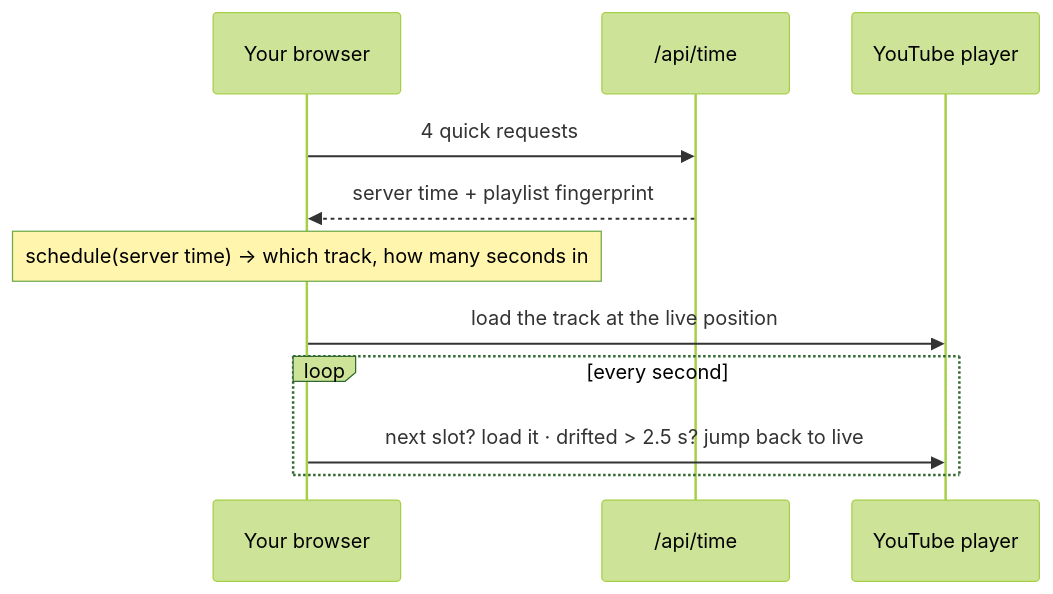
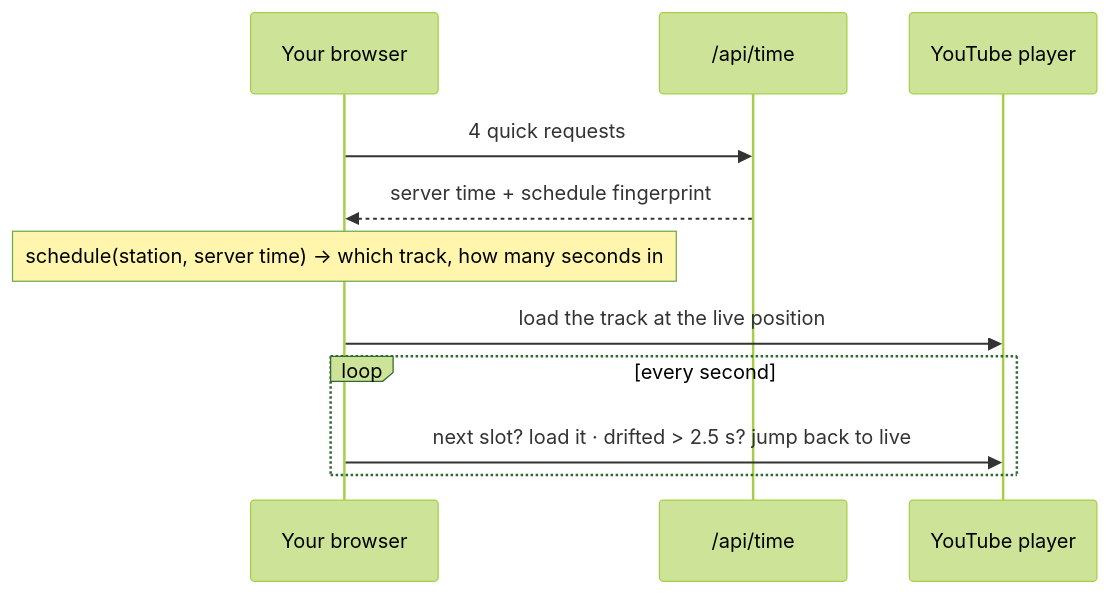
Before and after one commit to MrScalo/neon-palms-radio: the diagram in README.md, drawn with Mermaid (forest theme). The commit also changed other lines of this file and 47 other files, not shown here.

````diff
--- a/README.md
+++ b/README.md
@@ -67,13 +82,13 @@
 ```mermaid
 sequenceDiagram
     participant B as Your browser
     participant S as /api/time
     participant Y as YouTube player
     B->>S: 4 quick requests
-    S-->>B: server time + playlist fingerprint
-    Note over B: schedule(server time) → which track, how many seconds in
+    S-->>B: server time + schedule fingerprint
+    Note over B: schedule(station, server time) → which track, how many seconds in
     B->>Y: load the track at the live position
     loop every second
         B->>Y: next slot? load it · drifted > 2.5 s? jump back to live
     end
 ```
````
